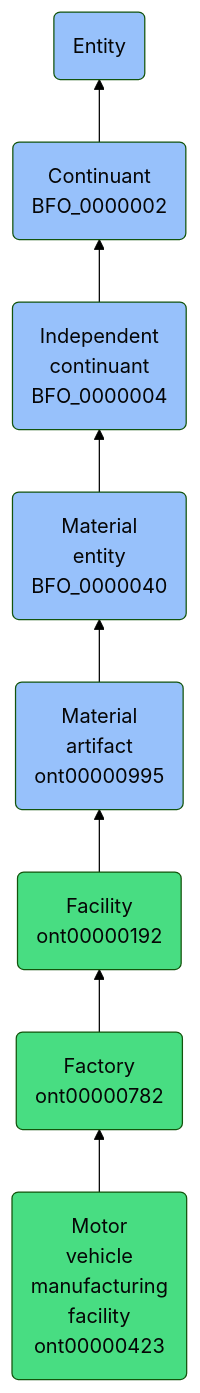
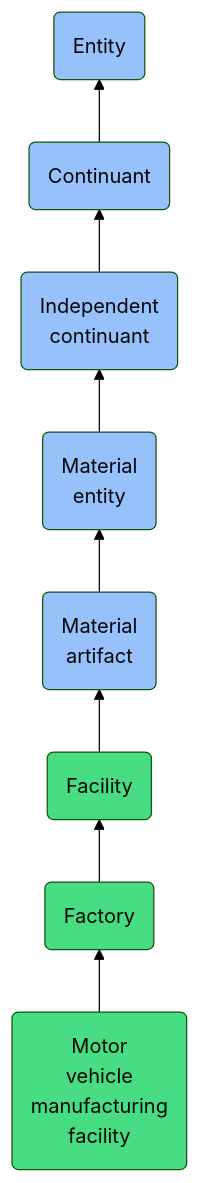
Before and after one commit to jupyter-naas/abi: the diagram in docs/ontology/reference/model/Entity/Continuant/Independent continuant/Material entity/Material artifact/Facility/Factory/Motor vehicle manufacturing facility/Motor vehicle manufacturing facility.md, drawn with Mermaid (forest theme). The commit also changed other lines of this file and 1430 other files, not shown here.

````diff
--- a/docs/ontology/reference/model/Entity/Continuant/Independent continuant/Material entity/Material artifact/Facility/Factory/Motor vehicle manufacturing facility/Motor vehicle manufacturing facility.md
+++ b/docs/ontology/reference/model/Entity/Continuant/Independent continuant/Material entity/Material artifact/Facility/Factory/Motor vehicle manufacturing facility/Motor vehicle manufacturing facility.md
@@ -24,15 +24,15 @@
 ```mermaid
 graph BT
-    ont00000423(Motor<br>vehicle<br>manufacturing<br>facility<br>ont00000423):::ABI-->ont00000782
-    ont00000782(Factory<br>ont00000782):::ABI-->ont00000192
-    ont00000192(Facility<br>ont00000192):::ABI-->ont00000995
-    ont00000995(Material<br>artifact<br>ont00000995):::BFO-->BFO_0000040
-    BFO_0000040(Material<br>entity<br>BFO_0000040):::BFO-->BFO_0000004
-    BFO_0000004(Independent<br>continuant<br>BFO_0000004):::BFO-->BFO_0000002
-    BFO_0000002(Continuant<br>BFO_0000002):::BFO-->BFO_0000001
+    ont00000423(Motor<br>vehicle<br>manufacturing<br>facility):::ABI-->ont00000782
+    ont00000782(Factory):::ABI-->ont00000192
+    ont00000192(Facility):::ABI-->ont00000995
+    ont00000995(Material<br>artifact):::BFO-->BFO_0000040
+    BFO_0000040(Material<br>entity):::BFO-->BFO_0000004
+    BFO_0000004(Independent<br>continuant):::BFO-->BFO_0000002
+    BFO_0000002(Continuant):::BFO-->BFO_0000001
     BFO_0000001(Entity):::BFO
     
     classDef BFO fill:#97c1fb,color:#060606
     classDef CCO fill:#e4c51e,color:#060606
     classDef ABI fill:#48DD82,color:#060606
 ```
````
